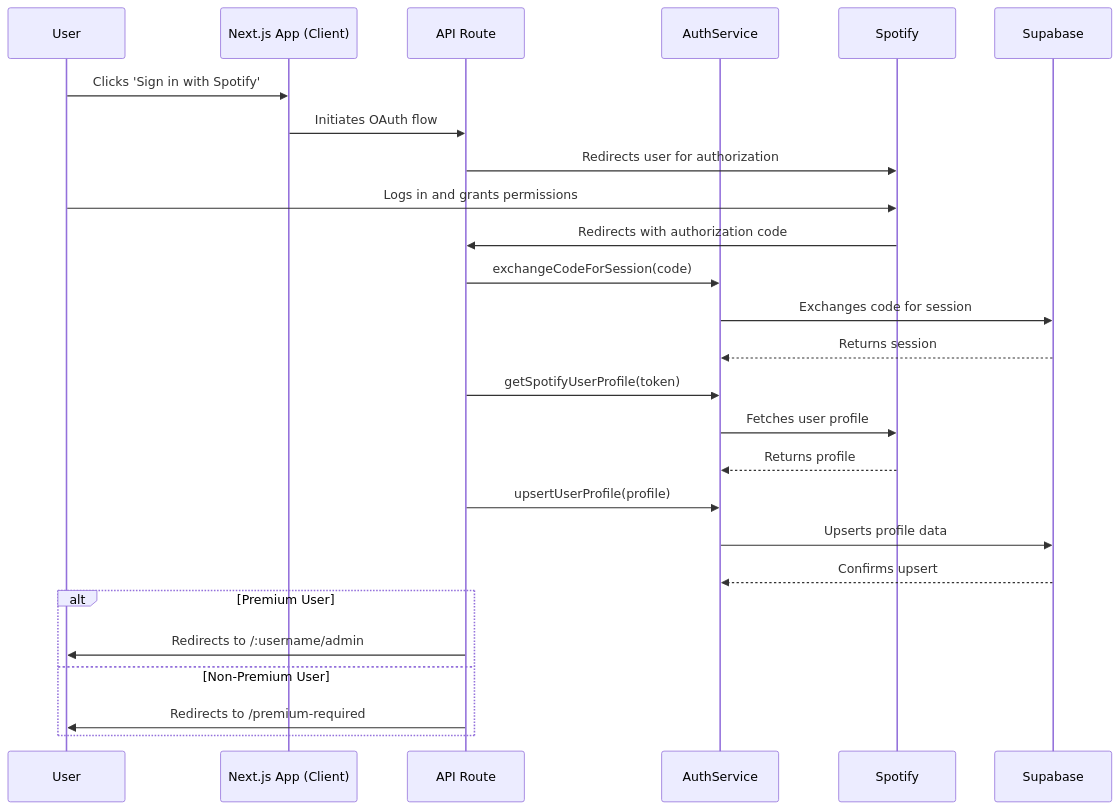
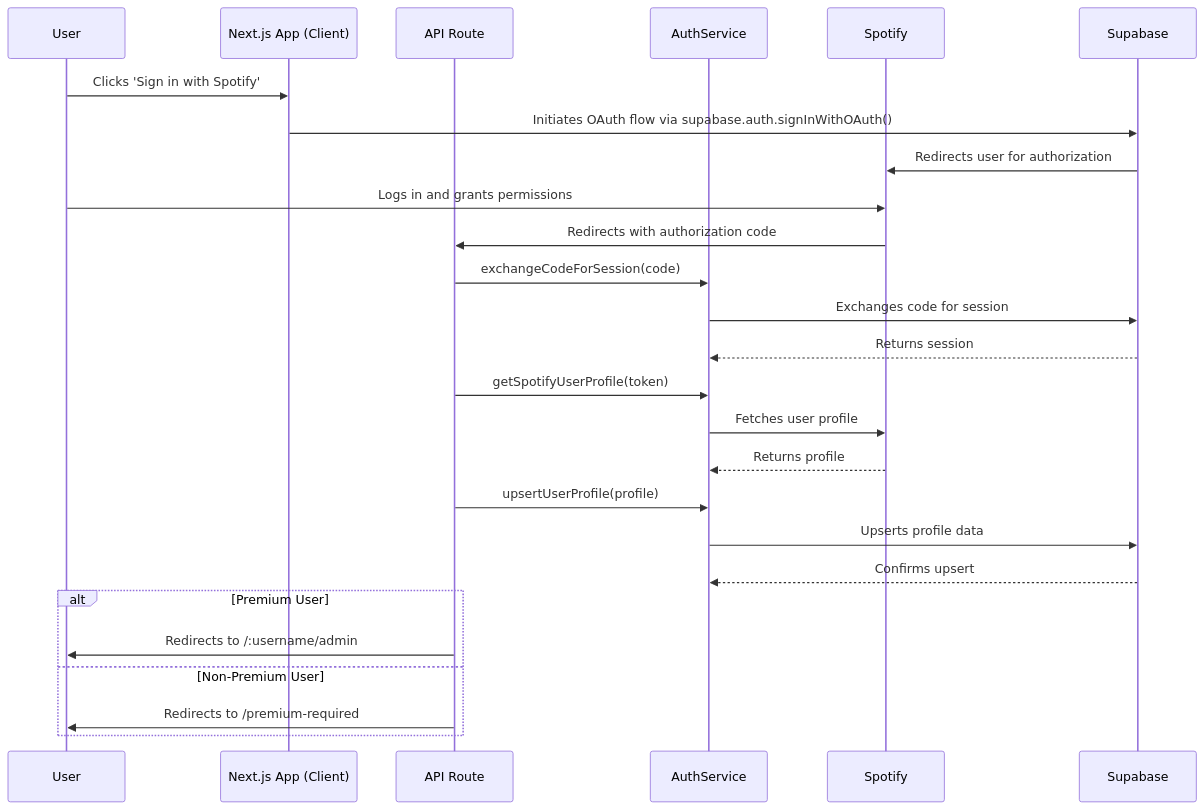
One commit to GiangNguyenn/3b-bar-jukebox changed the diagram in docs/architecture.md. Above: the diagram before and after it, drawn with Mermaid. The commit also changed other lines of this file and 8 other files, not shown here.

````diff
--- a/docs/architecture.md
+++ b/docs/architecture.md
@@ -52,34 +52,34 @@
 ```mermaid
 sequenceDiagram
     participant User
     participant Next.js App (Client)
     participant API Route
     participant AuthService
     participant Spotify
     participant Supabase
 
     User->>Next.js App (Client): Clicks 'Sign in with Spotify'
-    Next.js App (Client)->>API Route: Initiates OAuth flow
+    Next.js App (Client)->>Supabase: Initiates OAuth flow via supabase.auth.signInWithOAuth()
 
-    API Route->>Spotify: Redirects user for authorization
+    Supabase->>Spotify: Redirects user for authorization
     User->>Spotify: Logs in and grants permissions
     Spotify->>API Route: Redirects with authorization code
 
     API Route->>AuthService: exchangeCodeForSession(code)
     AuthService->>Supabase: Exchanges code for session
     Supabase-->>AuthService: Returns session
 
     API Route->>AuthService: getSpotifyUserProfile(token)
     AuthService->>Spotify: Fetches user profile
     Spotify-->>AuthService: Returns profile
 
     API Route->>AuthService: upsertUserProfile(profile)
     AuthService->>Supabase: Upserts profile data
     Supabase-->>AuthService: Confirms upsert
 
     alt Premium User
         API Route->>User: Redirects to /:username/admin
     else Non-Premium User
         API Route->>User: Redirects to /premium-required
     end
 ```
````
